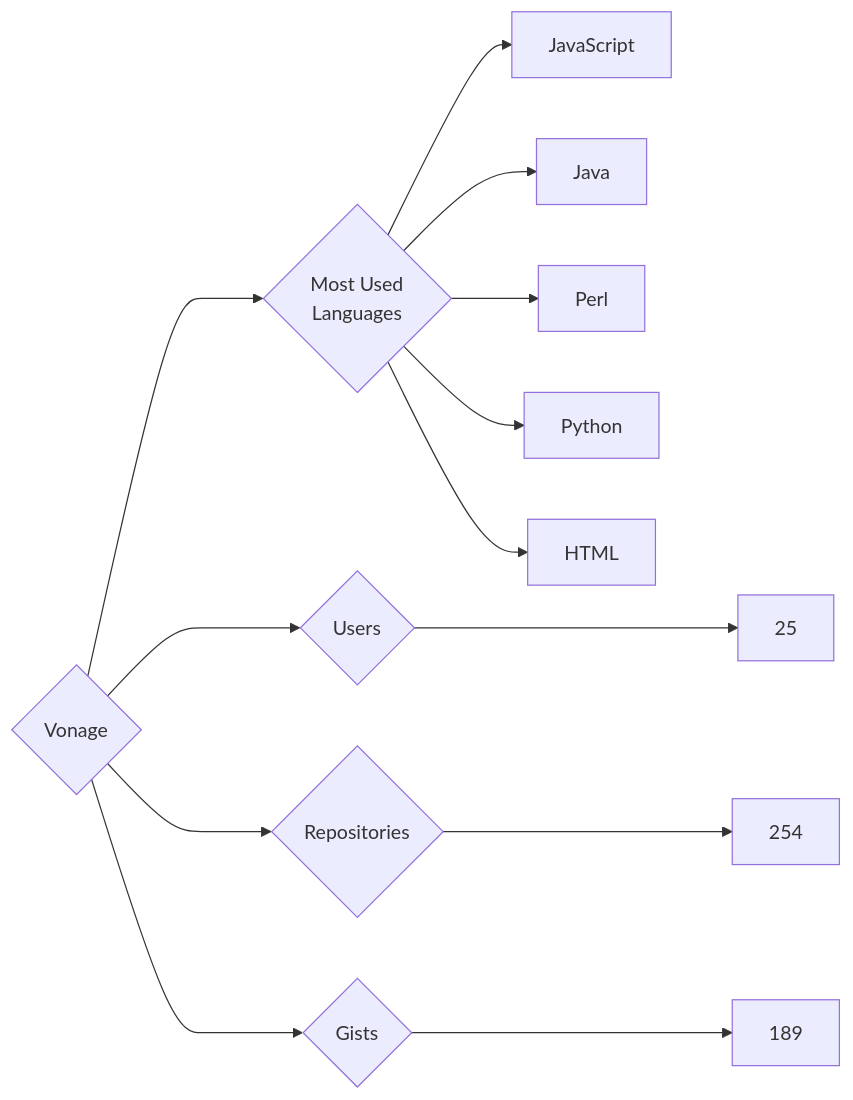
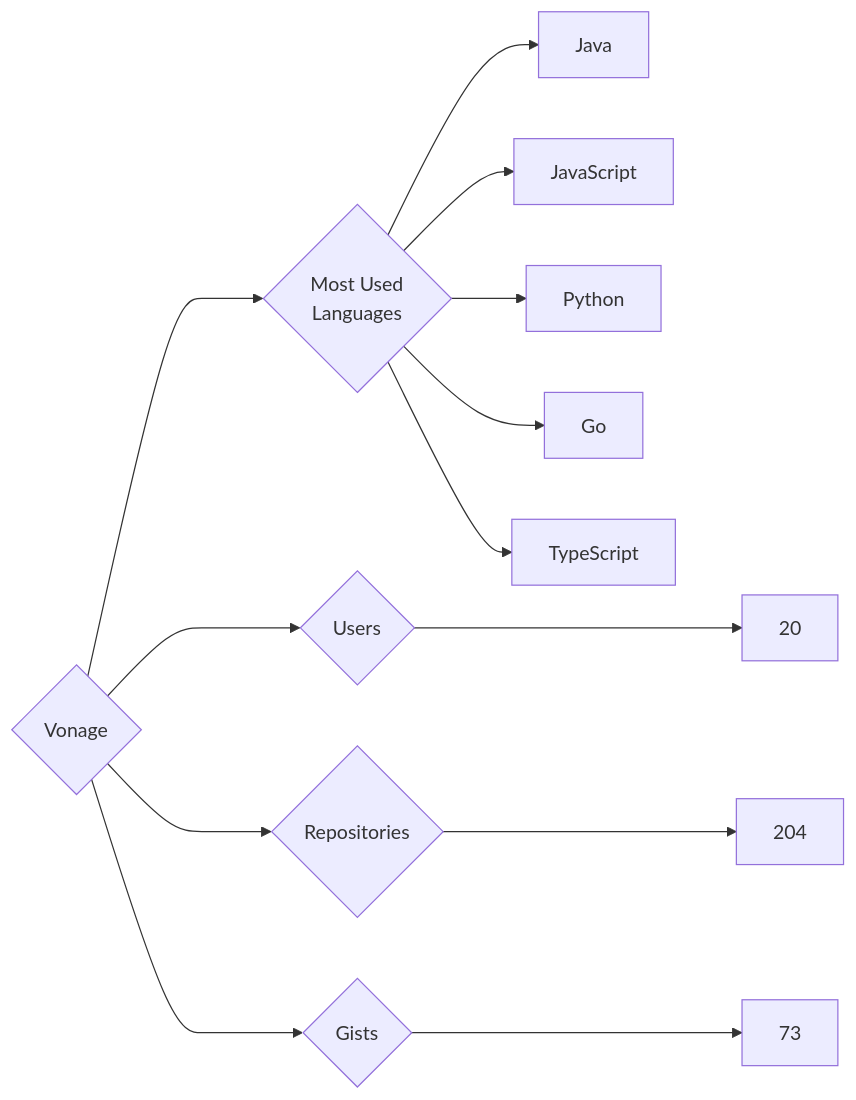
Before and after one commit to trickest/insiders: the diagram in targets/Vonage/README.md, drawn with Mermaid. The commit also changed 953 other files, not shown here.

````diff
--- a/targets/Vonage/README.md
+++ b/targets/Vonage/README.md
@@ -3,13 +3,13 @@
 ```mermaid
 graph LR
 COMPANY_NAME{Vonage}
-COMPANY_NAME ---> U{Users} ---> UN[25]
-COMPANY_NAME ---> R{Repositories} ---> RN[254]
-COMPANY_NAME ---> G{Gists} ---> GN[189]
+COMPANY_NAME ---> U{Users} ---> UN[20]
+COMPANY_NAME ---> R{Repositories} ---> RN[204]
+COMPANY_NAME ---> G{Gists} ---> GN[73]
 COMPANY_NAME ---> ML{Most Used<br>Languages}
+ML --> Java[Java]
 ML --> JavaScript[JavaScript]
-ML --> Java[Java]
-ML --> Perl[Perl]
 ML --> Python[Python]
-ML --> HTML[HTML]
+ML --> Go[Go]
+ML --> TypeScript[TypeScript]
 ```
````
